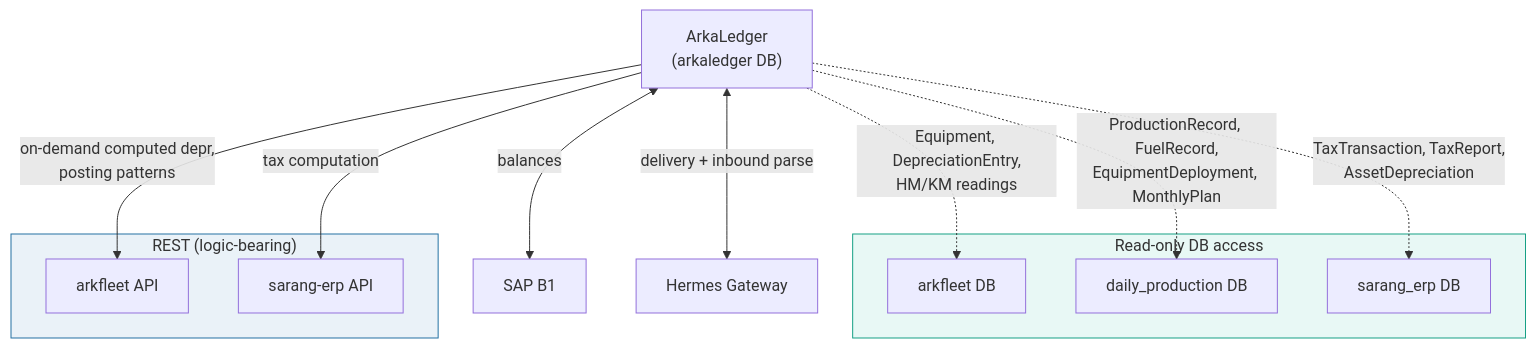
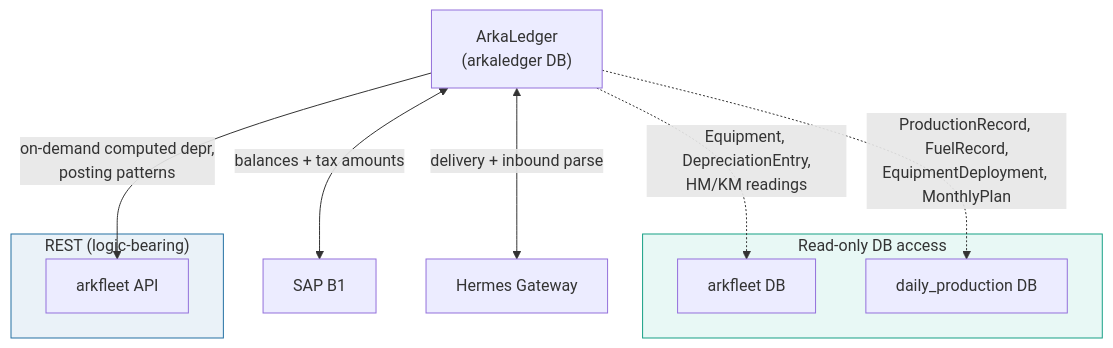
Before and after one commit to rachmanj/inhouse-pnl: diagram 16 of 19 in docs/concept.md, drawn with Mermaid. The commit also changed other lines of this file and 8 other files, not shown here.

First line of the commit message:
chore: drop sarang-erp integration — ArkaLedger is standalone

````diff
--- a/docs/concept.md
+++ b/docs/concept.md
@@ -958,29 +952,25 @@
 ```mermaid
 flowchart TB
     AL["ArkaLedger\n(arkaledger DB)"]
 
     subgraph RO["Read-only DB access"]
         ARK["arkfleet DB"]
         PROD["daily_production DB"]
-        ERP["sarang_erp DB"]
     end
 
     subgraph REST["REST (logic-bearing)"]
         ARKapi["arkfleet API"]
-        ERPapi["sarang-erp API"]
     end
 
     SAP["SAP B1"]
     HERMES["Hermes Gateway"]
 
-    AL <-->|balances| SAP
+    AL <-->|balances + tax amounts| SAP
     AL -.->|Equipment, DepreciationEntry,\nHM/KM readings| ARK
     AL -.->|ProductionRecord, FuelRecord,\nEquipmentDeployment, MonthlyPlan| PROD
-    AL -.->|TaxTransaction, TaxReport,\nAssetDepreciation| ERP
     AL -->|on-demand computed depr,\nposting patterns| ARKapi
-    AL -->|tax computation| ERPapi
     AL <-->|delivery + inbound parse| HERMES
 
     style RO fill:#e8f8f5,stroke:#16a085
     style REST fill:#eaf2f8,stroke:#2471a3
 ```
````
